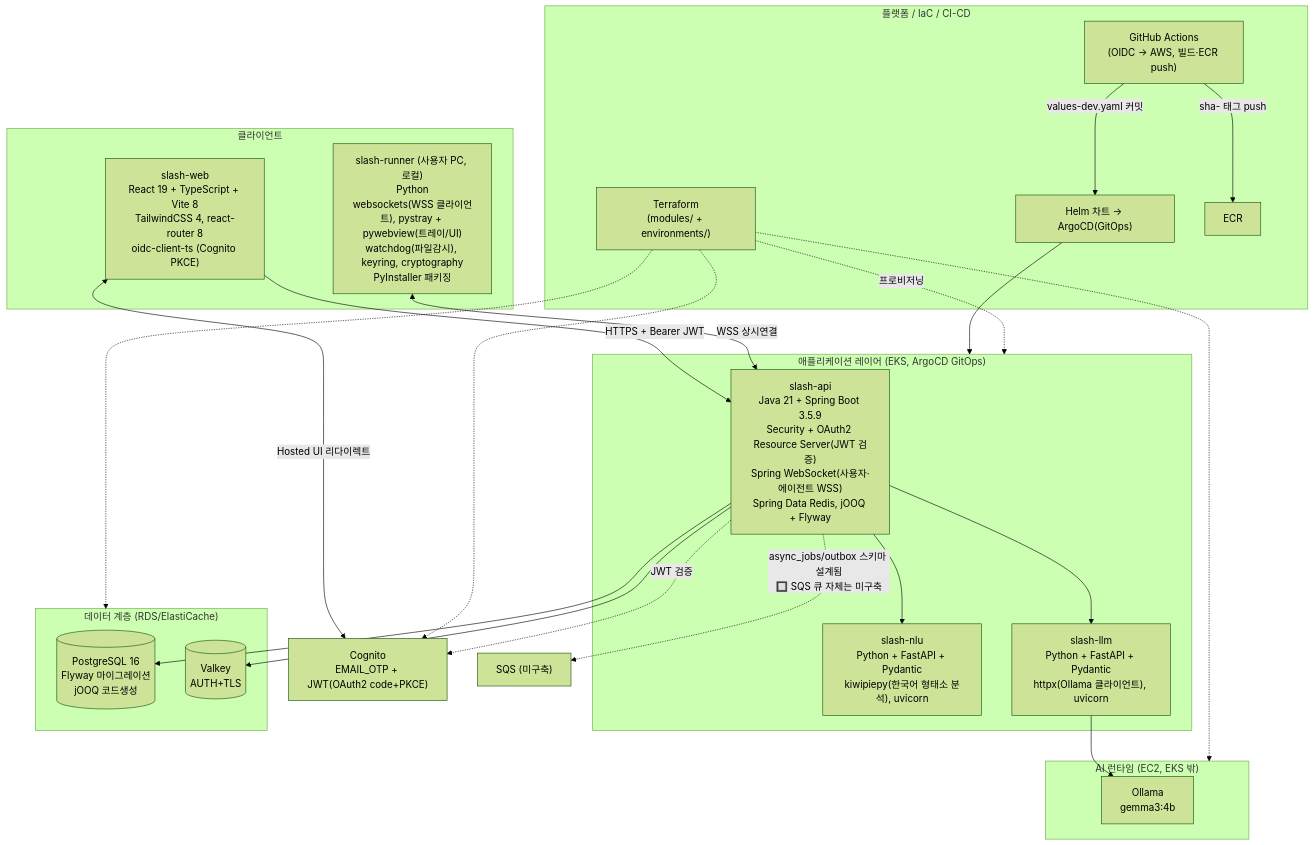
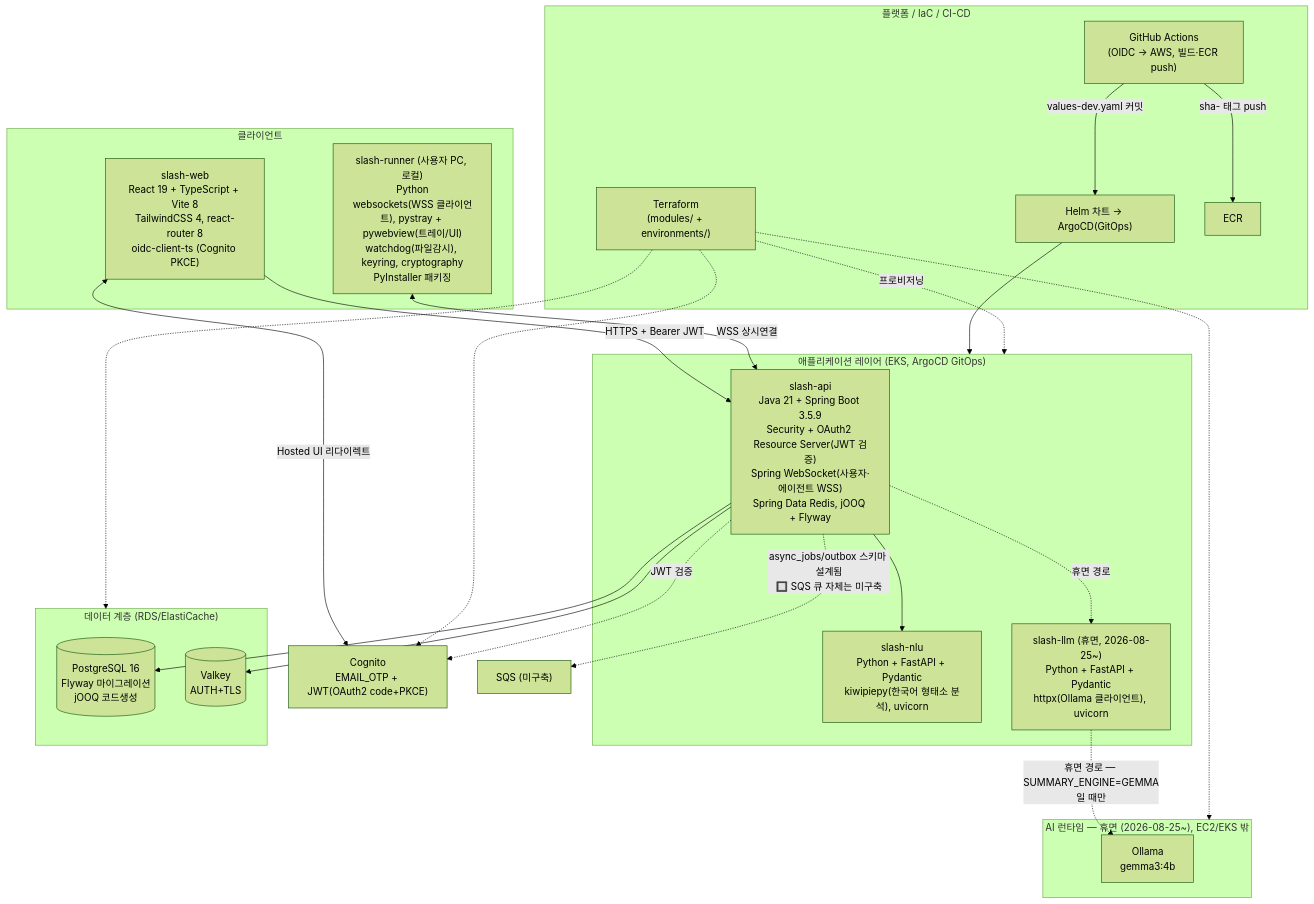
Before and after one commit to LikeLionTeam4/slash-infra: the diagram in docs/tech-stack.md, drawn with Mermaid (forest theme). The commit also changed other lines of this file and 6 other files, not shown here.

````diff
--- a/docs/tech-stack.md
+++ b/docs/tech-stack.md
@@ -9,50 +17,50 @@
 ```mermaid
 flowchart TB
     subgraph CLIENT["클라이언트"]
         WEB["slash-web\nReact 19 + TypeScript + Vite 8\nTailwindCSS 4, react-router 8\noidc-client-ts (Cognito PKCE)"]
         AGENT["slash-runner (사용자 PC, 로컬)\nPython\nwebsockets(WSS 클라이언트), pystray + pywebview(트레이/UI)\nwatchdog(파일감시), keyring, cryptography\nPyInstaller 패키징"]
     end
 
     subgraph APP["애플리케이션 레이어 (EKS, ArgoCD GitOps)"]
         API["slash-api\nJava 21 + Spring Boot 3.5.9\nSecurity + OAuth2 Resource Server(JWT 검증)\nSpring WebSocket(사용자·에이전트 WSS)\nSpring Data Redis, jOOQ + Flyway"]
         NLU["slash-nlu\nPython + FastAPI + Pydantic\nkiwipiepy(한국어 형태소 분석), uvicorn"]
-        LLM["slash-llm\nPython + FastAPI + Pydantic\nhttpx(Ollama 클라이언트), uvicorn"]
+        LLM["slash-llm (휴면, 2026-08-25~)\nPython + FastAPI + Pydantic\nhttpx(Ollama 클라이언트), uvicorn"]
     end
 
-    subgraph AI["AI 런타임 (EC2, EKS 밖)"]
+    subgraph AI["AI 런타임 — 휴면 (2026-08-25~), EC2/EKS 밖"]
         OLLAMA["Ollama\ngemma3:4b"]
     end
 
     subgraph DATA["데이터 계층 (RDS/ElastiCache)"]
         PG[("PostgreSQL 16\nFlyway 마이그레이션\njOOQ 코드생성")]
         VALKEY[("Valkey\nAUTH+TLS")]
     end
 
     COGNITO["Cognito\nEMAIL_OTP + JWT(OAuth2 code+PKCE)"]
 
     subgraph PLATFORM["플랫폼 / IaC / CI-CD"]
         TF["Terraform\n(modules/ + environments/)"]
         HELM_ARGO["Helm 차트 → ArgoCD(GitOps)"]
         GHA["GitHub Actions\n(OIDC → AWS, 빌드·ECR push)"]
         ECR_["ECR"]
     end
 
     WEB -->|"HTTPS + Bearer JWT"| API
     WEB <-->|Hosted UI 리다이렉트| COGNITO
     AGENT <-->|"WSS 상시연결"| API
     API --> NLU
-    API --> LLM
+    API -.->|"휴면 경로"| LLM
     API --> PG
     API --> VALKEY
     API -.->|JWT 검증| COGNITO
-    LLM --> OLLAMA
+    LLM -.->|"휴면 경로 — SUMMARY_ENGINE=GEMMA일 때만"| OLLAMA
     API -.->|"async_jobs/outbox 스키마 설계됨\n🔲 SQS 큐 자체는 미구축"| SQS["SQS (미구축)"]
 
     GHA -->|"sha- 태그 push"| ECR_
     GHA -->|"values-dev.yaml 커밋"| HELM_ARGO
     HELM_ARGO --> APP
     TF -.->|프로비저닝| APP
     TF -.-> DATA
     TF -.-> COGNITO
     TF -.-> AI
 ```
````
